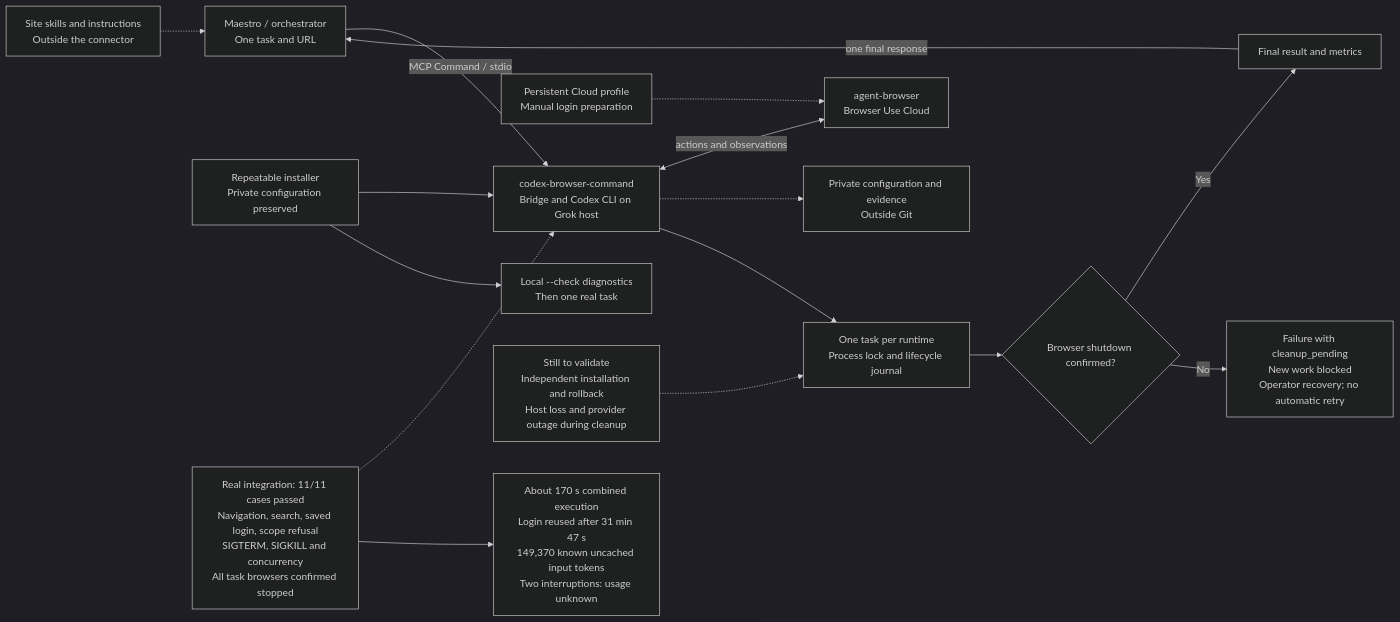
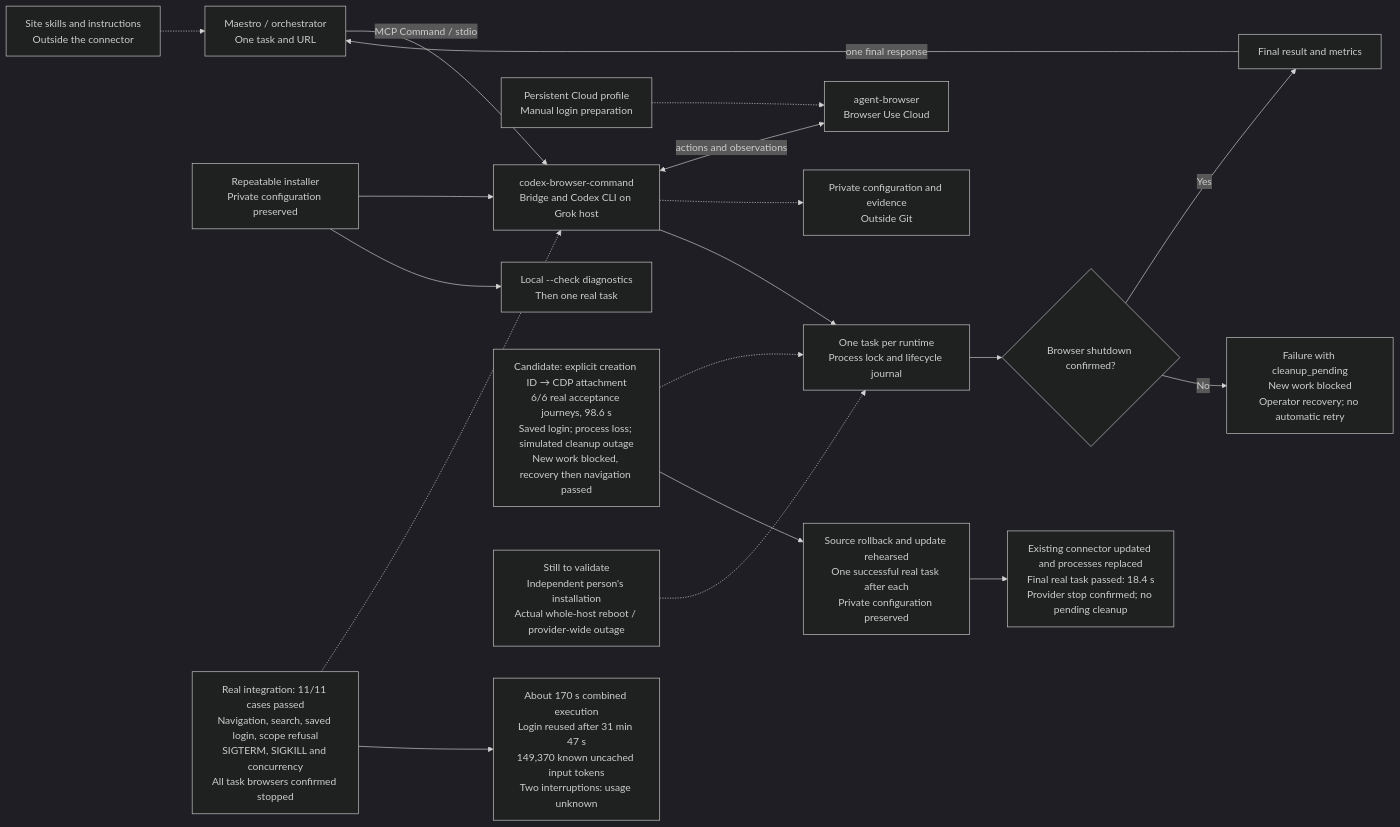
One commit to holive/codex-browser-bridge changed the diagram in docs/architecture.mmd. Above: the diagram before and after it, drawn with Mermaid (dark theme). The commit also changed 4 other files, not shown here.

Commit message:
Document real installation recovery and rollback acceptance

```diff
--- a/docs/architecture.mmd
+++ b/docs/architecture.mmd
@@ -1,16 +1,19 @@
 flowchart LR
     K["Site skills and instructions<br/>Outside the connector"] -.-> O["Maestro / orchestrator<br/>One task and URL"]
     O -->|MCP Command / stdio| G["codex-browser-command<br/>Bridge and Codex CLI on Grok host"]
     G <-->|actions and observations| B["agent-browser<br/>Browser Use Cloud"]
     P["Persistent Cloud profile<br/>Manual login preparation"] -.-> B
     G -.-> L["Private configuration and evidence<br/>Outside Git"]
     G --> H["One task per runtime<br/>Process lock and lifecycle journal"]
     H --> U{"Browser shutdown confirmed?"}
     U -->|Yes| C["Final result and metrics"]
     C -->|one final response| O
     U -->|No| X["Failure with cleanup_pending<br/>New work blocked<br/>Operator recovery; no automatic retry"]
     S["Repeatable installer<br/>Private configuration preserved"] --> G
     S --> D["Local --check diagnostics<br/>Then one real task"]
     R["Real integration: 11/11 cases passed<br/>Navigation, search, saved login, scope refusal<br/>SIGTERM, SIGKILL and concurrency<br/>All task browsers confirmed stopped"] -.-> G
     R --> I["About 170 s combined execution<br/>Login reused after 31 min 47 s<br/>149,370 known uncached input tokens<br/>Two interruptions: usage unknown"]
-    Q["Still to validate<br/>Independent installation and rollback<br/>Host loss and provider outage during cleanup"] -.-> H
+    E["Candidate: explicit creation ID → CDP attachment<br/>6/6 real acceptance journeys, 98.6 s<br/>Saved login; process loss; simulated cleanup outage<br/>New work blocked, recovery then navigation passed"] -.-> H
+    E --> V["Source rollback and update rehearsed<br/>One successful real task after each<br/>Private configuration preserved"]
+    V --> F["Existing connector updated and processes replaced<br/>Final real task passed: 18.4 s<br/>Provider stop confirmed; no pending cleanup"]
+    Q["Still to validate<br/>Independent person's installation<br/>Actual whole-host reboot / provider-wide outage"] -.-> H
```
